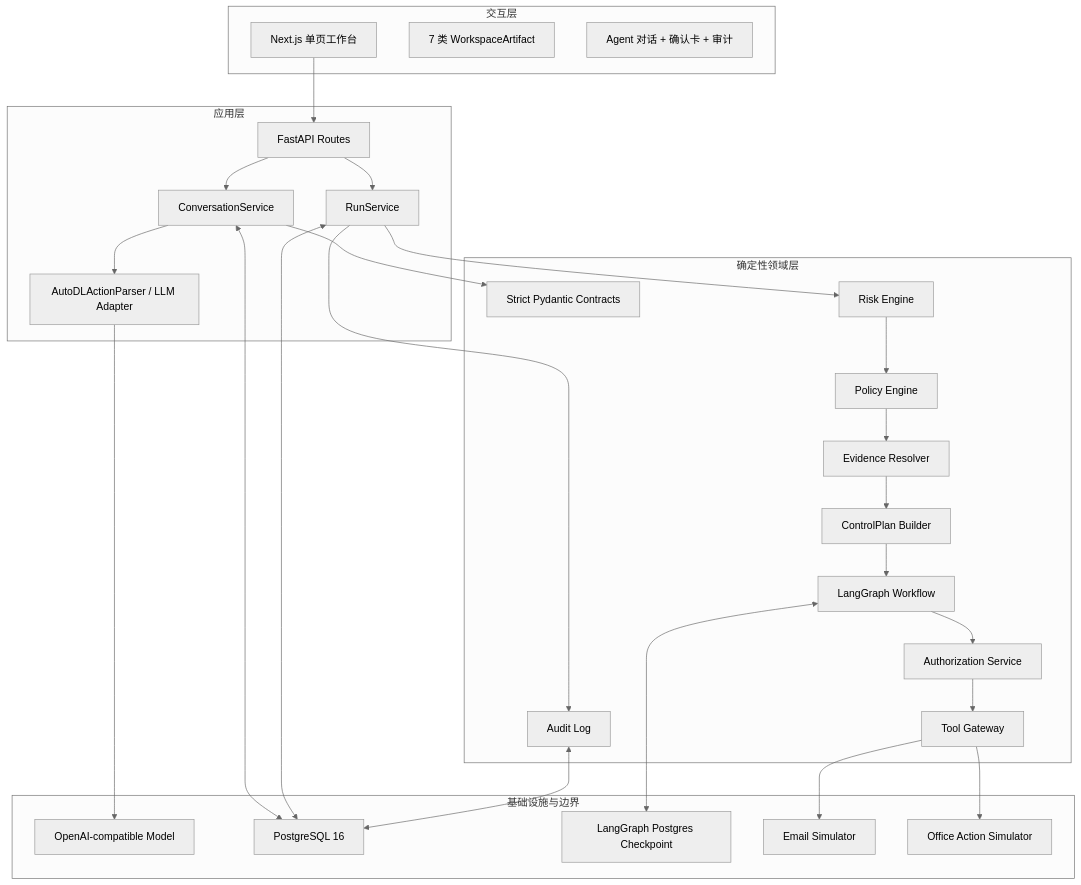
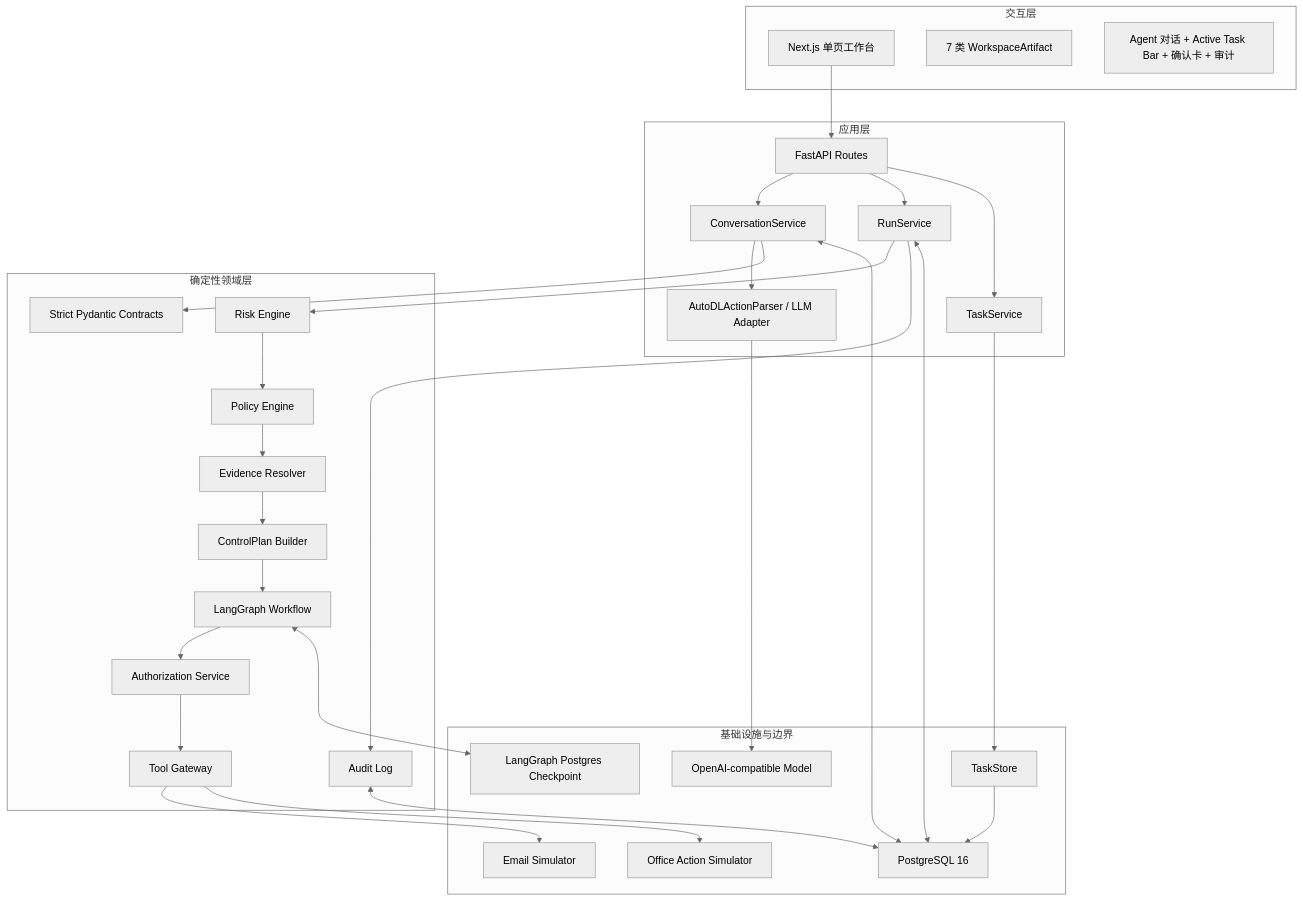
Before and after one commit to Dickey007s/lenovo_agent: the first of 4 diagrams in docs/ARCHITECTURE.md, drawn with Mermaid (neutral theme). The commit also changed other lines of this file and 13 other files, not shown here.

````diff
--- a/docs/ARCHITECTURE.md
+++ b/docs/ARCHITECTURE.md
@@ -17,50 +17,54 @@
 ```mermaid
 flowchart TB
     subgraph Client["交互层"]
         WEB["Next.js 单页工作台"]
         WORKSPACE["7 类 WorkspaceArtifact"]
-        CHAT["Agent 对话 + 确认卡 + 审计"]
+        CHAT["Agent 对话 + Active Task Bar + 确认卡 + 审计"]
     end
 
     subgraph API["应用层"]
         ROUTES["FastAPI Routes"]
         CONV["ConversationService"]
         RUN["RunService"]
+        TASK["TaskService"]
         LLM["AutoDLActionParser / LLM Adapter"]
     end
 
     subgraph Domain["确定性领域层"]
         CONTRACTS["Strict Pydantic Contracts"]
         RISK["Risk Engine"]
         POLICY["Policy Engine"]
         EVIDENCE["Evidence Resolver"]
         PLAN["ControlPlan Builder"]
         GRAPH["LangGraph Workflow"]
         AUTH["Authorization Service"]
         GATEWAY["Tool Gateway"]
         AUDIT["Audit Log"]
     end
 
     subgraph Infra["基础设施与边界"]
         MODEL["OpenAI-compatible Model"]
         PG["PostgreSQL 16"]
+        TASKSTORE["TaskStore"]
         CHECKPOINT["LangGraph Postgres Checkpoint"]
         EMAILSIM["Email Simulator"]
         OFFICESIM["Office Action Simulator"]
     end
 
     WEB --> ROUTES
     ROUTES --> CONV
     ROUTES --> RUN
+    ROUTES --> TASK
     CONV --> LLM --> MODEL
     CONV --> CONTRACTS
     RUN --> RISK --> POLICY --> EVIDENCE --> PLAN
     PLAN --> GRAPH --> AUTH --> GATEWAY
     GATEWAY --> EMAILSIM
     GATEWAY --> OFFICESIM
     RUN --> AUDIT
+    TASK --> TASKSTORE --> PG
     CONV <--> PG
     RUN <--> PG
     GRAPH <--> CHECKPOINT
     AUDIT <--> PG
 ```
````
